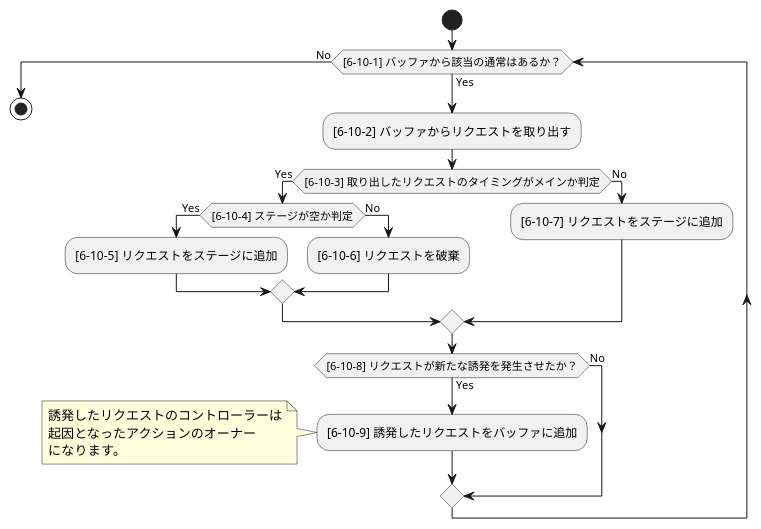
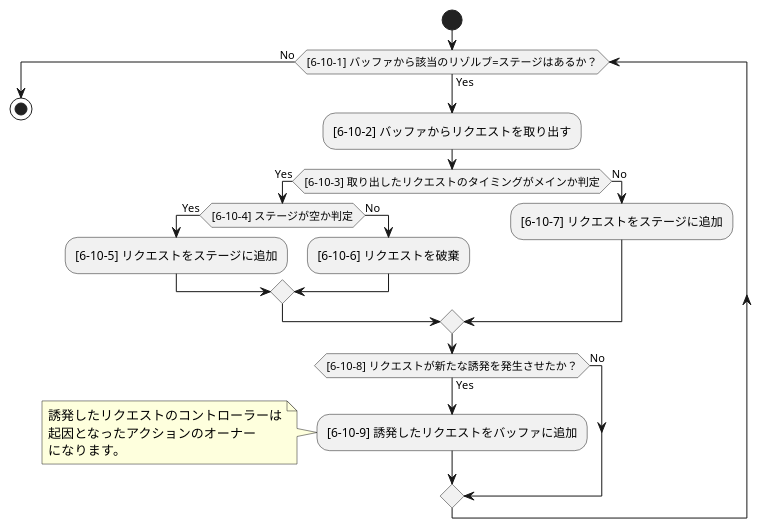
The diagram in source/core/triggerflow_n.puml (BlackPoker/BlackPoker), drawn with PlantUML before and after one commit. The commit also changed 13 other files, not shown here.

```diff
--- a/source/core/triggerflow_n.puml
+++ b/source/core/triggerflow_n.puml
@@ -1,29 +1,29 @@
 @startuml
 '==============================
-'【通常：アクション毎に処理】
+'【ステージ：アクション毎に処理】
 '==============================
 
 start
-while ([6-10-1] バッファから該当の通常はあるか？) is (Yes)
+while ([6-10-1] バッファから該当のリゾルブ=ステージはあるか？) is (Yes)
   :[6-10-2] バッファからリクエストを取り出す;
   if ([6-10-3] 取り出したリクエストのタイミングがメインか判定) then (Yes)
     if ([6-10-4] ステージが空か判定) then (Yes)
       :[6-10-5] リクエストをステージに追加;
     else (No)
       :[6-10-6] リクエストを破棄;
     endif
   else (No)
     :[6-10-7] リクエストをステージに追加;
   endif
   if ([6-10-8] リクエストが新たな誘発を発生させたか？) then (Yes)
     :[6-10-9] 誘発したリクエストをバッファに追加;
     note left
       誘発したリクエストのコントローラーは
       起因となったアクションのオーナー
       になります。
     end note
   else (No)
   endif
 endwhile (No)
 stop
 @enduml
```
